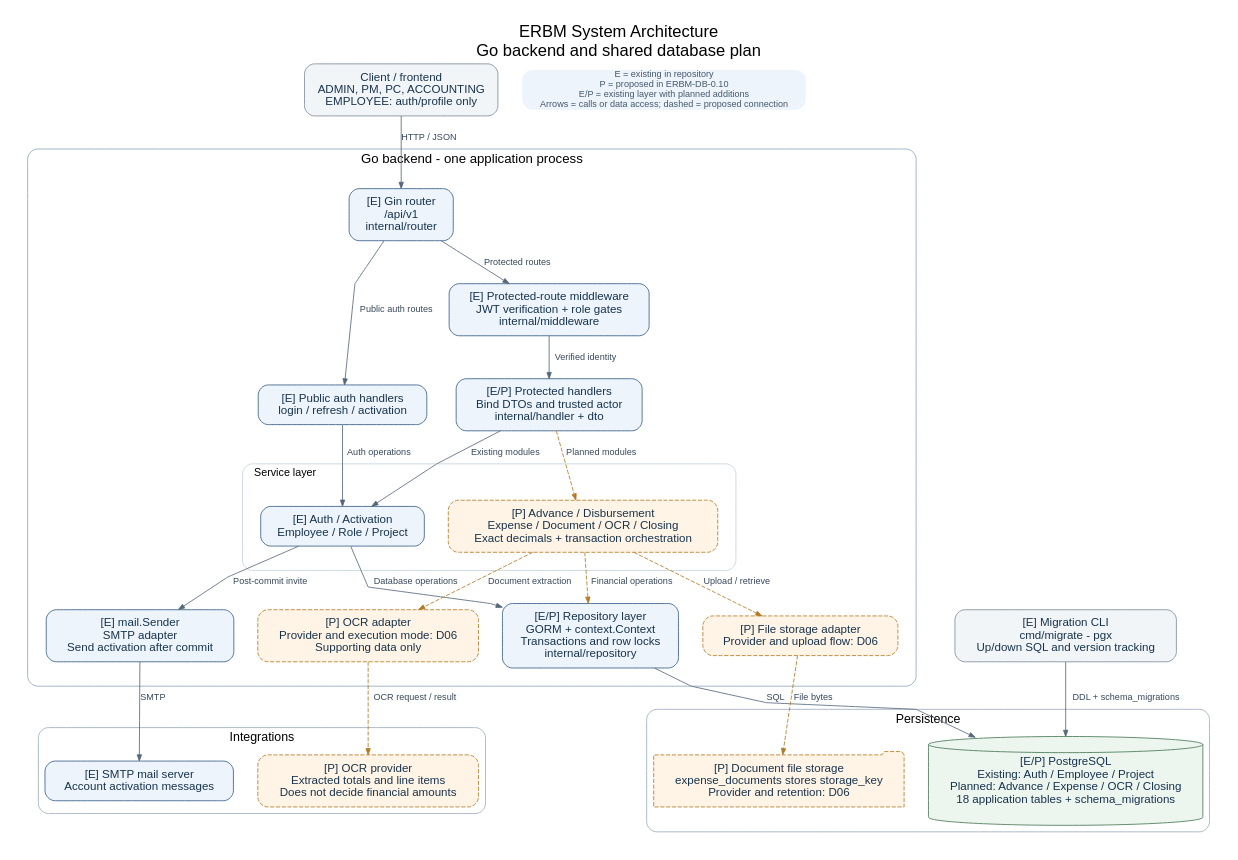
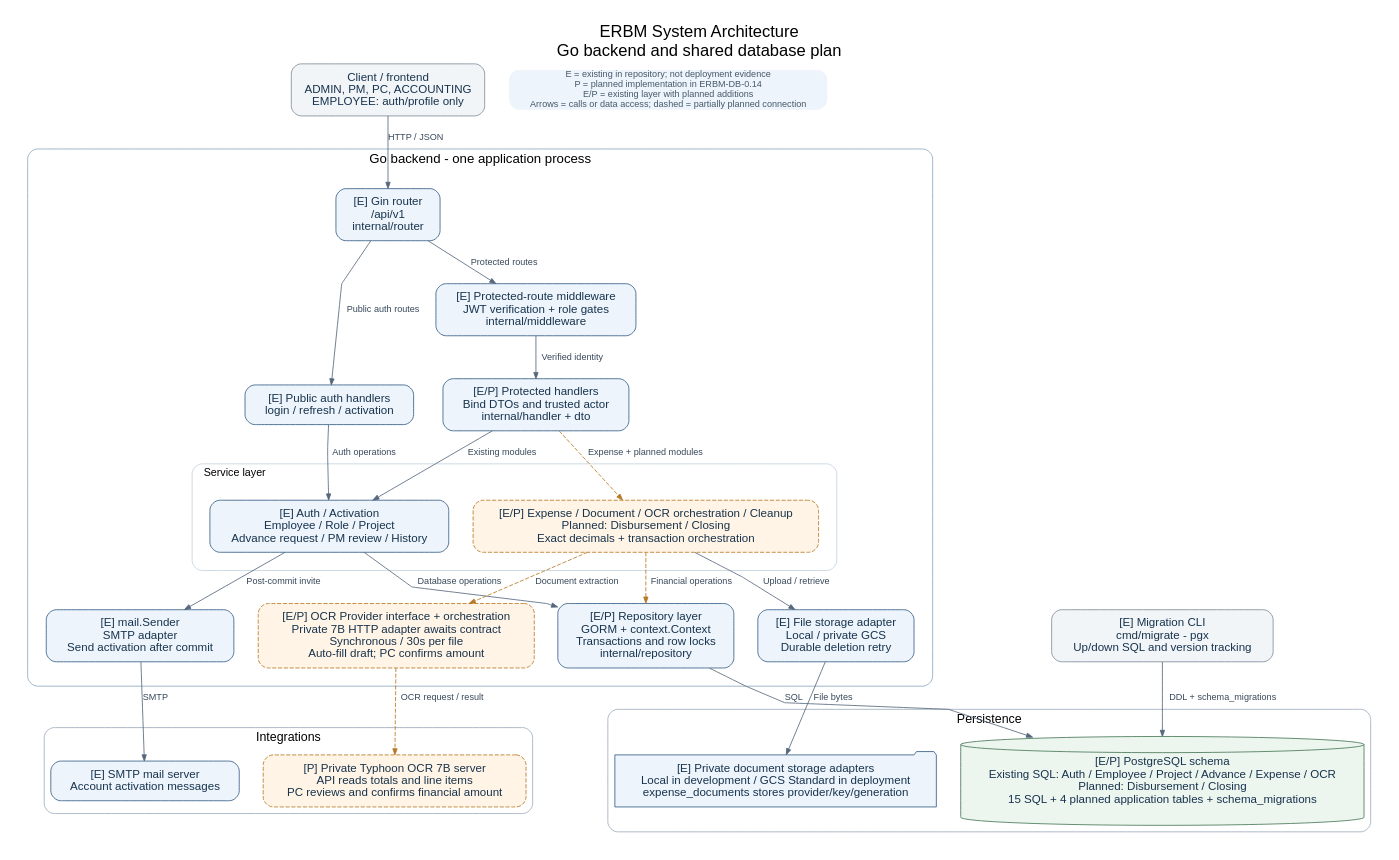
One commit to ERBM-Capstone/ERBM-backend changed the diagram in docs/migration-plans/diagrams/erbm-system-architecture.dot. Above: the diagram before and after it, drawn with Graphviz. The commit also changed 17 other files, not shown here.

Commit message:
docs: document disbursement expense and OCR workflows

```diff
--- a/docs/migration-plans/diagrams/erbm-system-architecture.dot
+++ b/docs/migration-plans/diagrams/erbm-system-architecture.dot
@@ -1,96 +1,94 @@
 digraph erbmArchitecture {
   graph [
     rankdir=TB,
     bgcolor="#ffffff",
     pad="0.25",
     nodesep="0.40",
     ranksep="0.55",
     splines=polyline,
     fontname="Helvetica",
     fontsize=20,
     labelloc=t,
     label="ERBM System Architecture\nGo backend and shared database plan"
   ];
   node [shape=box, style="rounded,filled", fontname="Helvetica", fontsize=14,
     color="#355d86", fillcolor="#edf4fb", fontcolor="#17334d", margin="0.18,0.12"];
   edge [fontname="Helvetica", fontsize=11, color="#54677b", fontcolor="#37485a", arrowsize=0.75];
 
   webClient [label="Client / frontend\nADMIN, PM, PC, ACCOUNTING\nEMPLOYEE: auth/profile only", fillcolor="#f2f5f8", color="#7e8b99"];
 
   subgraph clusterBackend {
     label="Go backend - one application process";
     labelloc=t;
     fontsize=16;
     color="#8da7c0";
     style=rounded;
     margin=22;
 
     router [label="[E] Gin router\n/api/v1\ninternal/router"];
     publicAuth [label="[E] Public auth handlers\nlogin / refresh / activation"];
     authMiddleware [label="[E] Protected-route middleware\nJWT verification + role gates\ninternal/middleware"];
     protectedHandlers [label="[E/P] Protected handlers\nBind DTOs and trusted actor\ninternal/handler + dto"];
 
     subgraph clusterServices {
       label="Service layer";
       labeljust=l;
       fontsize=13;
       color="#c4d2df";
       style=rounded;
-      existingServices [label="[E] Auth / Activation\nEmployee / Role / Project"];
-      financialServices [label="[P] Advance / Disbursement\nExpense / Document / OCR / Closing\nExact decimals + transaction orchestration",
+      existingServices [label="[E] Auth / Activation\nEmployee / Role / Project\nAdvance request / PM review / History"];
+      financialServices [label="[E/P] Expense / Document / OCR orchestration / Cleanup\nPlanned: Disbursement / Closing\nExact decimals + transaction orchestration",
         fillcolor="#fff4e5", color="#b77923", style="rounded,filled,dashed"];
     }
 
     repositories [label="[E/P] Repository layer\nGORM + context.Context\nTransactions and row locks\ninternal/repository"];
     mailAdapter [label="[E] mail.Sender\nSMTP adapter\nSend activation after commit"];
-    documentAdapter [label="[P] File storage adapter\nProvider and upload flow: D06",
-      fillcolor="#fff4e5", color="#b77923", style="rounded,filled,dashed"];
-    ocrAdapter [label="[P] OCR adapter\nProvider and execution mode: D06\nSupporting data only",
+    documentAdapter [label="[E] File storage adapter\nLocal / private GCS\nDurable deletion retry"];
+    ocrAdapter [label="[E/P] OCR Provider interface + orchestration\nPrivate 7B HTTP adapter awaits contract\nSynchronous / 30s per file\nAuto-fill draft; PC confirms amount",
       fillcolor="#fff4e5", color="#b77923", style="rounded,filled,dashed"];
   }
 
   subgraph clusterData {
     label="Persistence";
     fontsize=15;
     color="#9cacbd";
     style=rounded;
-    postgres [shape=cylinder, label="[E/P] PostgreSQL\nExisting: Auth / Employee / Project\nPlanned: Advance / Expense / OCR / Closing\n18 application tables + schema_migrations",
+    postgres [shape=cylinder, label="[E/P] PostgreSQL schema\nExisting SQL: Auth / Employee / Project / Advance / Expense / OCR\nPlanned: Disbursement / Closing\n15 SQL + 4 planned application tables + schema_migrations",
       fillcolor="#edf5ef", color="#477756"];
-    files [shape=folder, label="[P] Document file storage\nexpense_documents stores storage_key\nProvider and retention: D06",
-      fillcolor="#fff4e5", color="#b77923", style="filled,dashed"];
+    files [shape=folder, label="[E] Private document storage adapters\nLocal in development / GCS Standard in deployment\nexpense_documents stores provider/key/generation"];
   }
 
   subgraph clusterExternal {
     label="Integrations";
     fontsize=15;
     color="#9cacbd";
     style=rounded;
     smtp [label="[E] SMTP mail server\nAccount activation messages"];
-    ocrProvider [label="[P] OCR provider\nExtracted totals and line items\nDoes not decide financial amounts",
+    ocrProvider [label="[P] Private Typhoon OCR 7B server\nAPI reads totals and line items\nPC reviews and confirms financial amount",
       fillcolor="#fff4e5", color="#b77923", style="rounded,filled,dashed"];
   }
 
   migrateRunner [label="[E] Migration CLI\ncmd/migrate - pgx\nUp/down SQL and version tracking", fillcolor="#f2f5f8", color="#7e8b99"];
-  legend [shape=plain, label="E = existing in repository\nP = proposed in ERBM-DB-0.10\nE/P = existing layer with planned additions\nArrows = calls or data access; dashed = proposed connection",
+  legend [shape=plain, label="E = existing in repository; not deployment evidence\nP = planned implementation in ERBM-DB-0.14\nE/P = existing layer with planned additions\nArrows = calls or data access; dashed = partially planned connection",
     fontcolor="#46586b", fontsize=11];
 
   webClient -> router [label="HTTP / JSON"];
   router -> publicAuth [label="Public auth routes"];
   router -> authMiddleware [label="Protected routes"];
   authMiddleware -> protectedHandlers [label="Verified identity"];
   publicAuth -> existingServices [label="Auth operations"];
   protectedHandlers -> existingServices [label="Existing modules"];
-  protectedHandlers -> financialServices [label="Planned modules", style=dashed, color="#b77923"];
+  protectedHandlers -> financialServices [label="Expense + planned modules", style=dashed, color="#b77923"];
   existingServices -> repositories [label="Database operations"];
   financialServices -> repositories [label="Financial operations", style=dashed, color="#b77923"];
   repositories -> postgres [label="SQL"];
   existingServices -> mailAdapter [label="Post-commit invite"];
   mailAdapter -> smtp [label="SMTP"];
-  financialServices -> documentAdapter [label="Upload / retrieve", style=dashed, color="#b77923"];
-  documentAdapter -> files [label="File bytes", style=dashed, color="#b77923"];
+  financialServices -> documentAdapter [label="Upload / retrieve"];
+  documentAdapter -> files [label="File bytes"];
   financialServices -> ocrAdapter [label="Document extraction", style=dashed, color="#b77923"];
   ocrAdapter -> ocrProvider [label="OCR request / result", style=dashed, color="#b77923"];
   migrateRunner -> postgres [label="DDL + schema_migrations"];
 
   { rank=same; webClient; legend; }
 }
```
